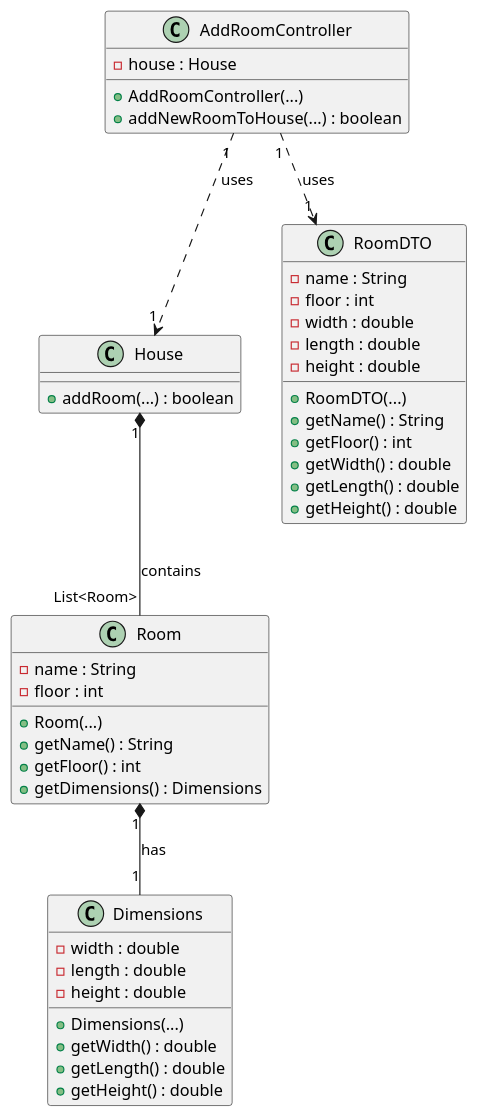
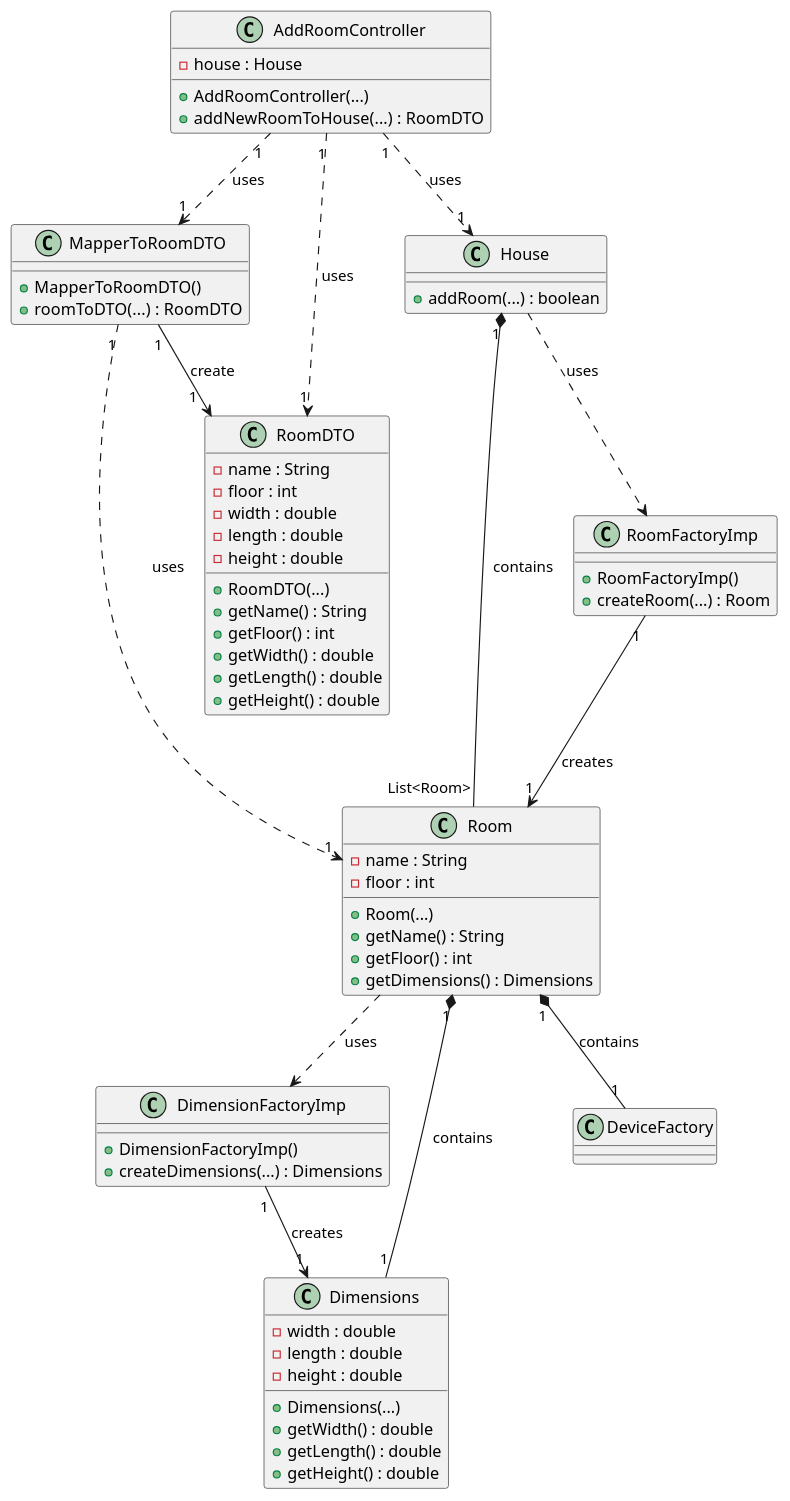
The diagram in projetoIntermedio/docs/class/useCase/UC02/UC02.puml (ozepedrorodrigues/projetoIntermedio), drawn with PlantUML before and after one commit. The commit also changed 1 other file, not shown here.

Commit message:
UC02 - add UseCase e ClassDiagram

```diff
--- a/projetoIntermedio/docs/class/useCase/UC02/UC02.puml
+++ b/projetoIntermedio/docs/class/useCase/UC02/UC02.puml
@@ -1,53 +1,80 @@
 @startuml
+
+class AddRoomController {
+  - house : House
+  + AddRoomController(...)
+  + addNewRoomToHouse(...) : RoomDTO
+}
+
+class MapperToRoomDTO {
+  + MapperToRoomDTO()
+  + roomToDTO(...) : RoomDTO
+}
+
+class RoomFactoryImp {
+  + RoomFactoryImp()
+  + createRoom(...) : Room
+}
+
+class DimensionFactoryImp {
+  + DimensionFactoryImp()
+  + createDimensions(...) : Dimensions
+}
+
 
 class House {
   + addRoom(...) : boolean
 }
 
 class Room {
   - name : String
   - floor : int
   + Room(...)
   + getName() : String
   + getFloor() : int
   + getDimensions() : Dimensions
 }
 
 class Dimensions {
   - width : double
   - length : double
   - height : double
 
   + Dimensions(...)
   + getWidth() : double
   + getLength() : double
   + getHeight() : double
 }
 
 class RoomDTO {
   - name : String
   - floor : int
   - width : double
   - length : double
   - height : double
 
   + RoomDTO(...)
   + getName() : String
   + getFloor() : int
   + getWidth() : double
   + getLength() : double
   + getHeight() : double
 }
 
-class AddRoomController {
-  - house : House
-  + AddRoomController(...)
-  + addNewRoomToHouse(...) : boolean
-}
+AddRoomController "1" ..> "1" MapperToRoomDTO : uses
+MapperToRoomDTO "1" --> "1  " RoomDTO : create
+MapperToRoomDTO "1" ..> "1" Room : uses
 
+Room "1" *-- "1" Dimensions : contains
+Room "1" *-- "1" DeviceFactory: contains
+RoomFactoryImp "1" --> "1" Room : creates
+
+House "1" *-- "List<Room>" Room : contains
 AddRoomController "1" ..> "1" House : uses
-House "1" *-- "List<Room>" Room : contains
-Room "1" *-- "1" Dimensions : has
 AddRoomController "1" ..> "1" RoomDTO : uses
+Room ..> DimensionFactoryImp : uses
+DimensionFactoryImp "1" --> "1" Dimensions : creates
+House ..> RoomFactoryImp : uses
+
 
 @enduml
```
